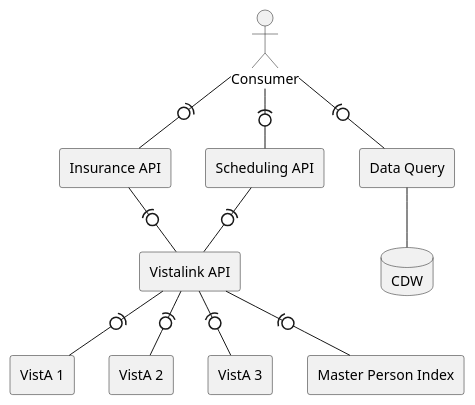
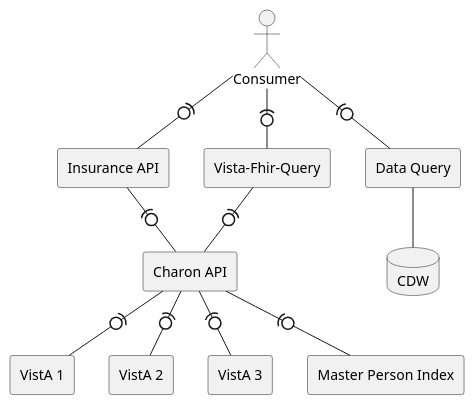
The diagram in src/plantuml/vl-api-components.puml (department-of-veterans-affairs/lighthouse-charon), drawn with PlantUML before and after one commit. The commit also changed 229 other files, not shown here.

Commit message:
Refactor: Vistalink --> Charon (#56)

```diff
--- a/src/plantuml/vl-api-components.puml
+++ b/src/plantuml/vl-api-components.puml
@@ -1,27 +1,27 @@
 @startuml
 
 rectangle "VistA 1" as V1
 rectangle "VistA 2" as V2
 rectangle "VistA 3" as V3
 rectangle "Master Person Index" as MPI
-rectangle "Vistalink API" as VL
+rectangle "Charon API" as VL
 rectangle "Insurance API" as INS
-rectangle "Scheduling API" as SC
+rectangle "Vista-Fhir-Query" as VFQ
 rectangle "Data Query" as DQ
 database CDW
 actor Consumer
 
 VL -(0- MPI
 VL -(0- V1
 VL -(0- V2
 VL -(0- V3
 
 INS -(0- VL
-SC -(0- VL
+VFQ -(0- VL
 DQ -- CDW
 
 Consumer -(0- INS
-Consumer -(0- SC
+Consumer -(0- VFQ
 Consumer -(0- DQ
 
 @enduml
```
